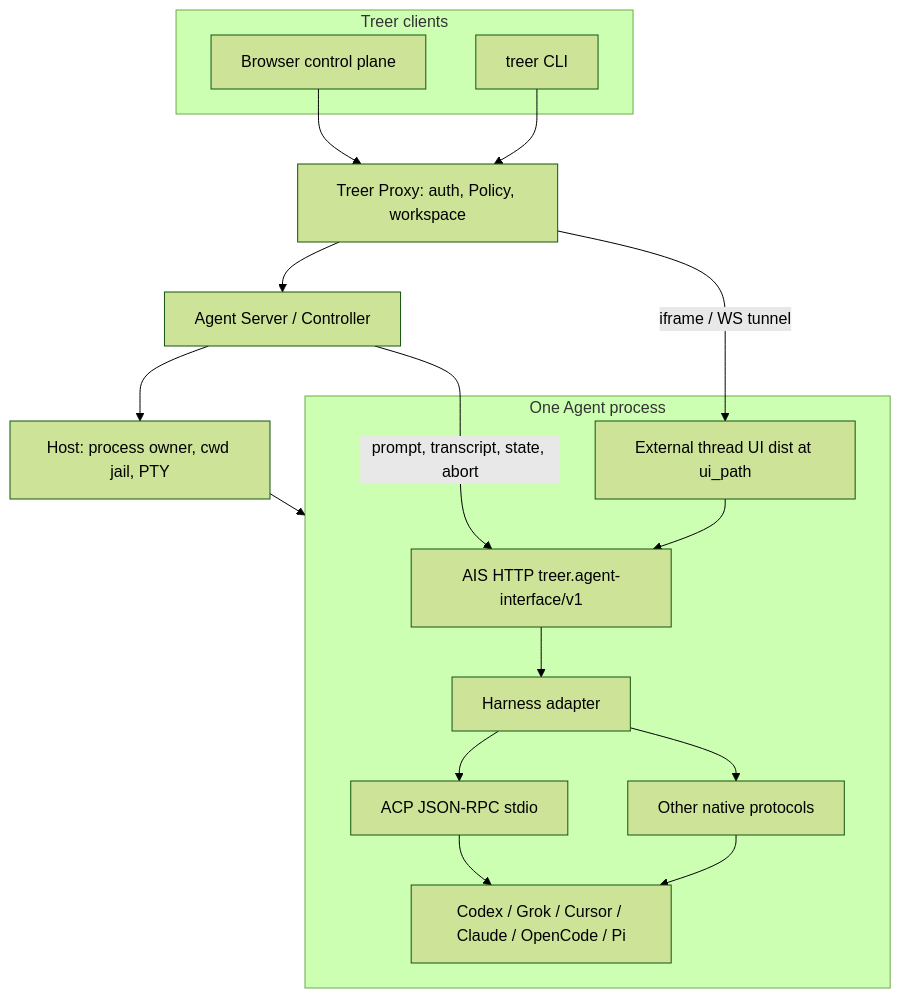
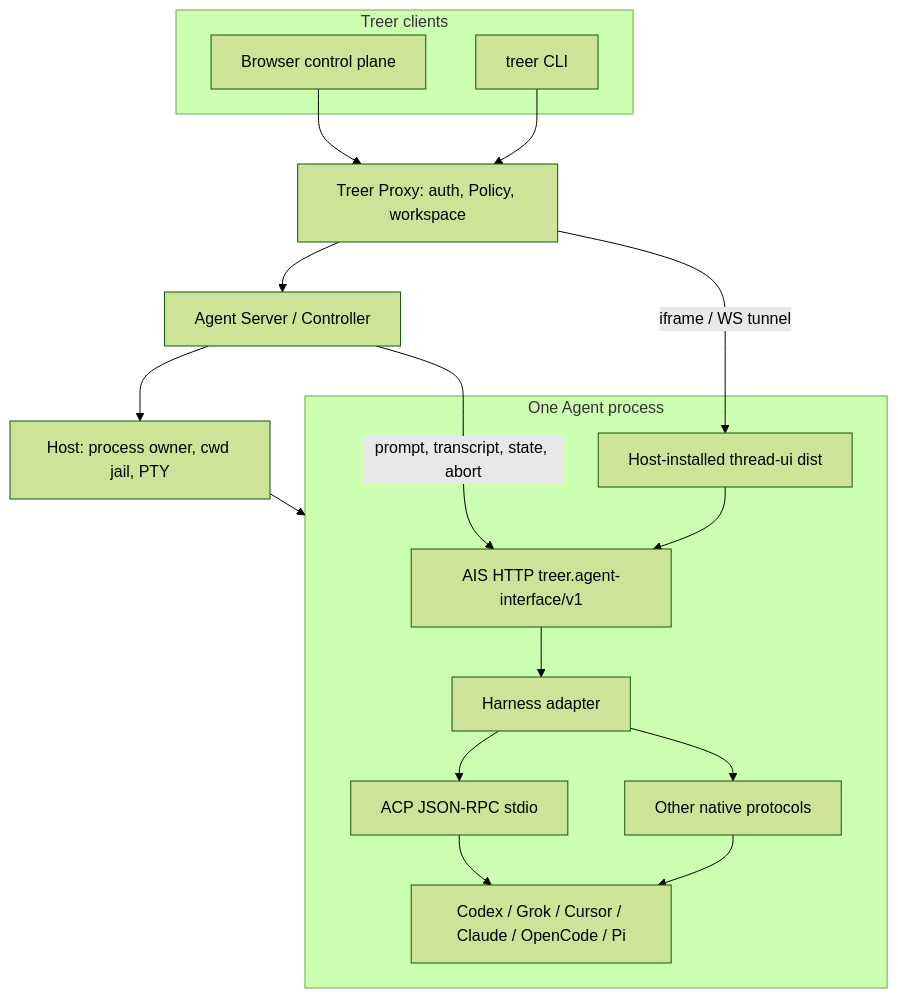
Before and after one commit to EvoEvolver/treer: the diagram in docs/research/2026-09-03-rc-acp-migration-plan.md, drawn with Mermaid (forest theme). The commit also changed other lines of this file and 1 other file, not shown here.

First line of the commit message:
docs: Host-wide treer ui install of remote-codex-thread-ui-rust

````diff
--- a/docs/research/2026-09-03-rc-acp-migration-plan.md
+++ b/docs/research/2026-09-03-rc-acp-migration-plan.md
@@ -177,34 +186,34 @@
 ```mermaid
 flowchart TB
   subgraph clients [Treer clients]
     Web[Browser control plane]
     CLI[treer CLI]
   end
 
   Proxy[Treer Proxy: auth, Policy, workspace]
   Controller[Agent Server / Controller]
   Host[Host: process owner, cwd jail, PTY]
 
   subgraph agentProc [One Agent process]
     AIS["AIS HTTP treer.agent-interface/v1"]
-    UI[External thread UI dist at ui_path]
+    UI[Host-installed thread-ui dist]
     Adapter[Harness adapter]
     ACP[ACP JSON-RPC stdio]
     Native[Other native protocols]
     Harness[Codex / Grok / Cursor / Claude / OpenCode / Pi]
   end
 
   Web --> Proxy
   CLI --> Proxy
   Proxy --> Controller
   Controller --> Host
   Controller -->|"prompt, transcript, state, abort"| AIS
   Proxy -->|"iframe / WS tunnel"| UI
   UI --> AIS
   AIS --> Adapter
   Adapter --> ACP
   Adapter --> Native
   ACP --> Harness
   Native --> Harness
   Host --> agentProc
 ```
````
